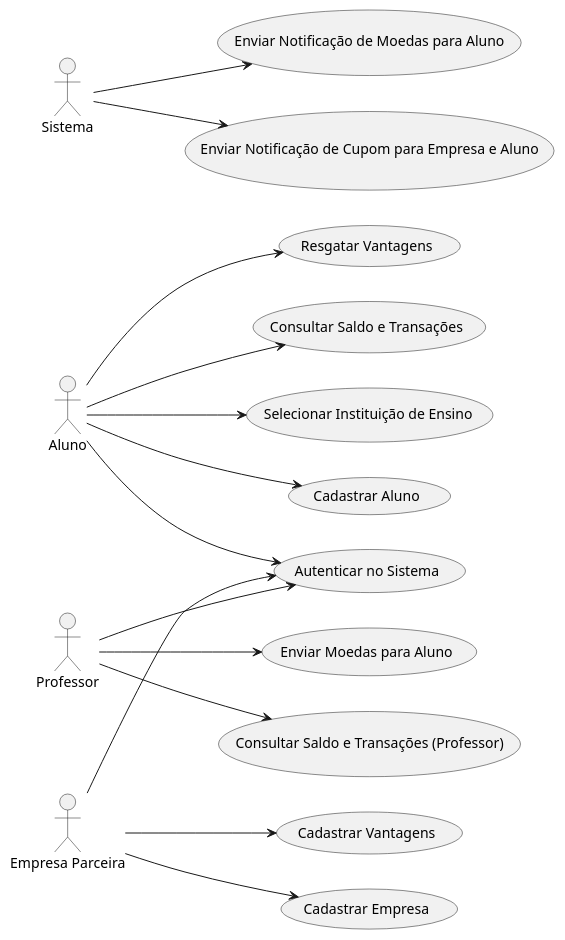
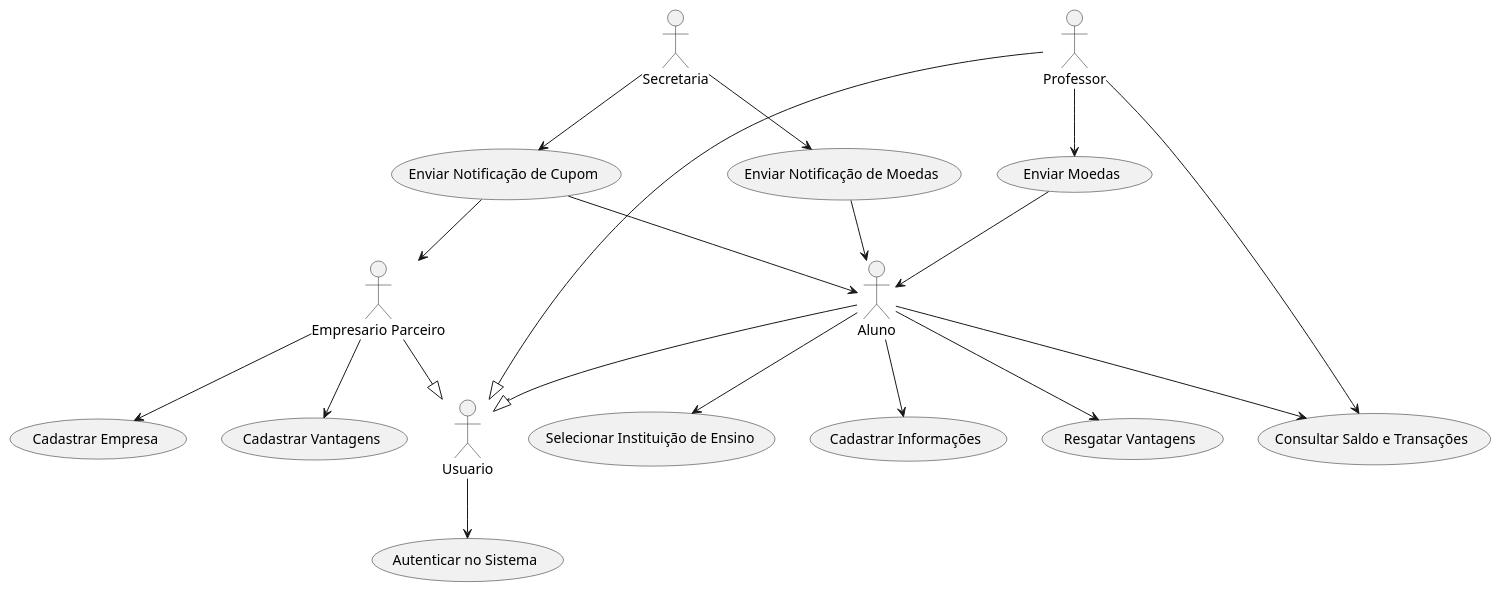
Before and after one commit to RafaMtF/LDS-Lab03: the diagram in project/code/useCaseDiagram.puml, drawn with PlantUML.

```diff
--- a/project/code/useCaseDiagram.puml
+++ b/project/code/useCaseDiagram.puml
@@ -1,37 +1,44 @@
 @startuml
-left to right direction
 
-actor "Aluno" as Aluno
-actor "Professor" as Professor
-actor "Empresa Parceira" as Empresa
-actor "Sistema" as Sistema
+actor "Aluno" as aluno
+actor "Professor" as professor
+actor "Empresario Parceiro" as empresario
+actor "Secretaria" as secretaria
+"Usuario" as usuario
 
-usecase "Cadastrar Aluno" as CadastrarAluno
+usecase "Cadastrar Informações" as CadastrarInfo
 usecase "Autenticar no Sistema" as Autenticar
 usecase "Resgatar Vantagens" as ResgatarVantagens
-usecase "Consultar Saldo e Transações" as ConsultarSaldoAluno
-usecase "Enviar Moedas para Aluno" as EnviarMoedas
+usecase "Consultar Saldo e Transações" as ConsultarSaldo
+usecase "Enviar Moedas" as EnviarMoedas
 usecase "Cadastrar Empresa" as CadastrarEmpresa
 usecase "Cadastrar Vantagens" as CadastrarVantagens
-usecase "Consultar Saldo e Transações (Professor)" as ConsultarSaldoProfessor
-usecase "Enviar Notificação de Moedas para Aluno" as EnviarNotificacaoMoedas
-usecase "Enviar Notificação de Cupom para Empresa e Aluno" as EnviarNotificacaoCupom
+usecase "Enviar Notificação de Moedas" as EnviarNotificacaoMoedas
+usecase "Enviar Notificação de Cupom" as EnviarNotificacaoCupom
 usecase "Selecionar Instituição de Ensino" as SelecionarInstituicao
 
-Aluno --> CadastrarAluno
-Aluno --> Autenticar
-Aluno --> ResgatarVantagens
-Aluno --> ConsultarSaldoAluno
-Aluno --> SelecionarInstituicao
+aluno --|> usuario
+professor --|> usuario
+empresario --|> usuario
+usuario --> Autenticar
 
-Professor --> EnviarMoedas
-Professor --> ConsultarSaldoProfessor
-Professor --> Autenticar
 
-Empresa --> CadastrarEmpresa
-Empresa --> CadastrarVantagens
-Empresa --> Autenticar
+aluno --> CadastrarInfo
+aluno --> ResgatarVantagens
+aluno --> ConsultarSaldo
+aluno --> SelecionarInstituicao
 
-Sistema --> EnviarNotificacaoMoedas
-Sistema --> EnviarNotificacaoCupom
+professor --> EnviarMoedas
+professor --> ConsultarSaldo
+EnviarMoedas --> aluno
+
+empresario --> CadastrarEmpresa
+empresario --> CadastrarVantagens
+
+secretaria --> EnviarNotificacaoMoedas
+secretaria --> EnviarNotificacaoCupom
+EnviarNotificacaoMoedas --> aluno
+EnviarNotificacaoCupom --> empresario
+EnviarNotificacaoCupom --> aluno
+
 @enduml
```
